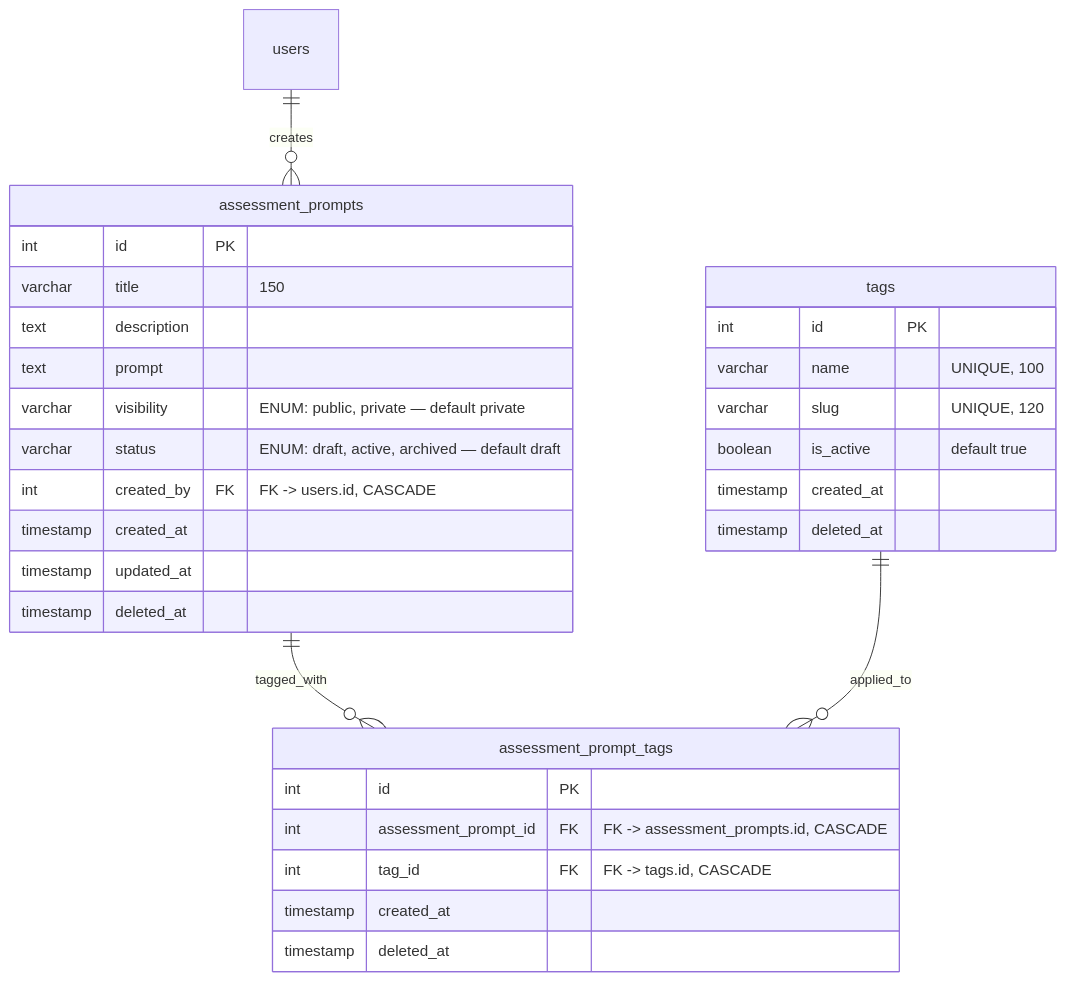
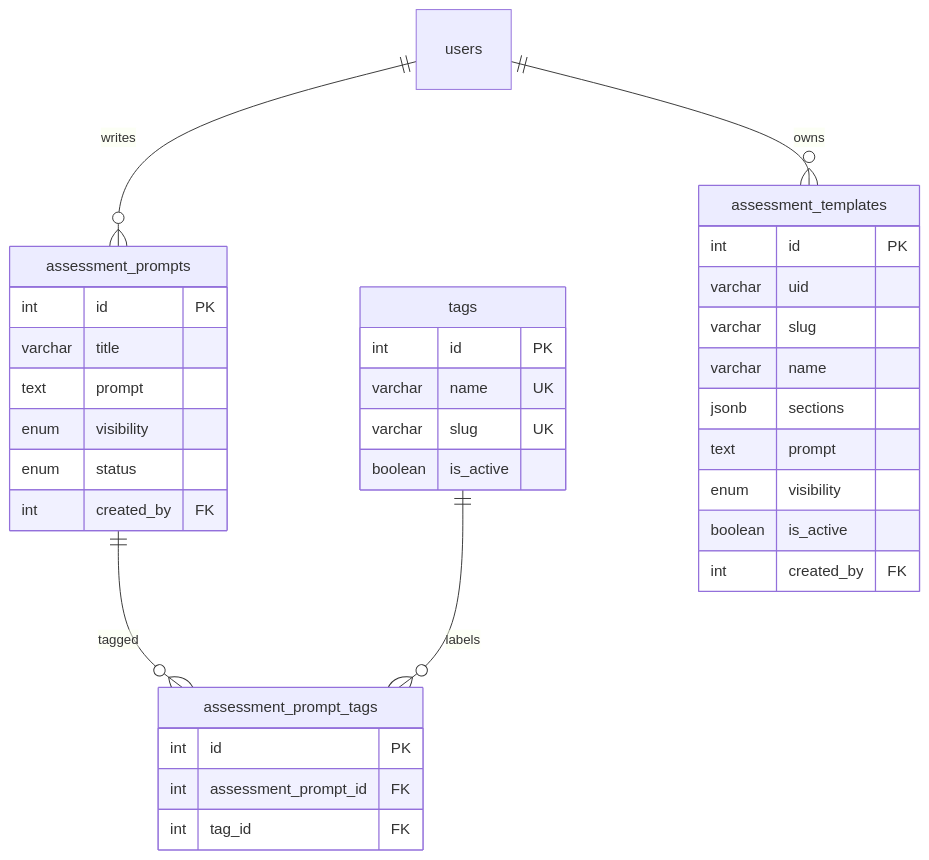
The sixth of 14 diagrams in docs/erd.md (sharma-dikshant/TestFlow-Docs), drawn with Mermaid before and after one commit. The commit also changed other lines of this file and 26 other files, not shown here.

````diff
--- a/docs/erd.md
+++ b/docs/erd.md
@@ -207,37 +614,37 @@
 ```mermaid
 erDiagram
-
     tags {
         int id PK
-        varchar name "UNIQUE, 100"
-        varchar slug "UNIQUE, 120"
-        boolean is_active "default true"
-        timestamp created_at
-        timestamp deleted_at
+        varchar name UK
+        varchar slug UK
+        boolean is_active
     }
-
     assessment_prompts {
         int id PK
-        varchar title "150"
-        text description
+        varchar title
         text prompt
-        varchar visibility "ENUM: public, private — default private"
-        varchar status "ENUM: draft, active, archived — default draft"
-        int created_by FK "FK -> users.id, CASCADE"
-        timestamp created_at
-        timestamp updated_at
-        timestamp deleted_at
+        enum visibility
+        enum status
+        int created_by FK
     }
-
     assessment_prompt_tags {
         int id PK
-        int assessment_prompt_id FK "FK -> assessment_prompts.id, CASCADE"
-        int tag_id FK "FK -> tags.id, CASCADE"
-        timestamp created_at
-        timestamp deleted_at
+        int assessment_prompt_id FK
+        int tag_id FK
     }
-
-    users ||--o{ assessment_prompts : creates
-    assessment_prompts ||--o{ assessment_prompt_tags : tagged_with
-    tags ||--o{ assessment_prompt_tags : applied_to
+    assessment_templates {
+        int id PK
+        varchar uid
+        varchar slug
+        varchar name
+        jsonb sections
+        text prompt
+        enum visibility
+        boolean is_active
+        int created_by FK
+    }
+    users ||--o{ assessment_prompts : "writes"
+    users ||--o{ assessment_templates : "owns"
+    assessment_prompts ||--o{ assessment_prompt_tags : "tagged"
+    tags ||--o{ assessment_prompt_tags : "labels"
 ```
````
